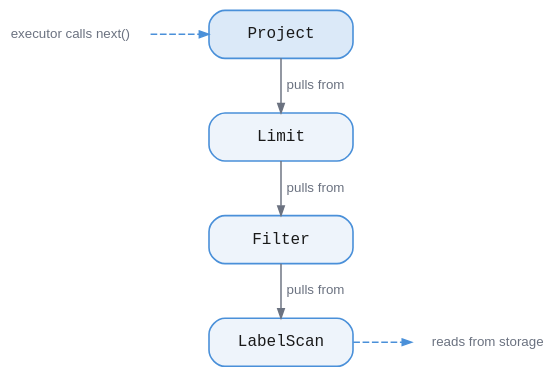
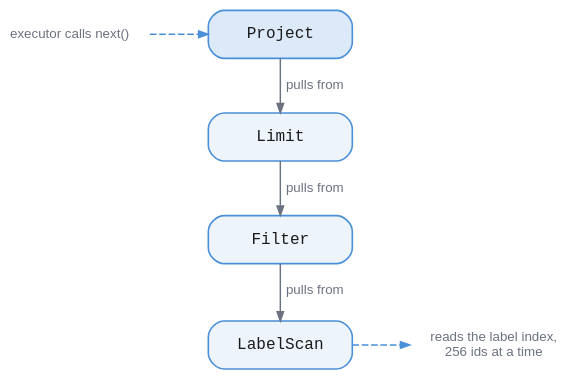
Before and after one commit to jeffhajewski/latticedb: the diagram in book/diagrams/volcano-operator-tree.dot, drawn with Graphviz. The commit also changed 3 other files, not shown here.

First line of the commit message:
Show prepared queries and batched label reads in the query diagrams

```diff
--- a/book/diagrams/volcano-operator-tree.dot
+++ b/book/diagrams/volcano-operator-tree.dot
@@ -1,34 +1,34 @@
 // Volcano model: the executor pulls from the root, and each operator pulls from
 // its child. Rows flow upward, demand flows downward. Without aggregation,
 // LIMIT (with ORDER BY and SKIP) is planned under the projection.
 digraph volcano_operator_tree {
   bgcolor="transparent"
   rankdir=TB
   nodesep=0.3
   ranksep=0.42
   fontname="Helvetica,Arial,sans-serif"
   node [shape=box style="filled,rounded" fillcolor="#eef4fb" color="#4a90d9"
         penwidth=1.2 fontname="Menlo,Consolas,monospace" fontsize=12
         fontcolor="#1a1a1a" margin="0.22,0.12" width=1.5]
   edge [color="#6b7280" penwidth=1.1 arrowsize=0.7
         fontname="Helvetica,Arial,sans-serif" fontsize=10 fontcolor="#6b7280"]
 
   proj   [label="Project" fillcolor="#dbe9f8"]
   limit  [label="Limit"]
   filter [label="Filter"]
   scan   [label="LabelScan"]
 
   proj   -> limit  [label="  pulls from"]
   limit  -> filter [label="  pulls from"]
   filter -> scan   [label="  pulls from"]
 
   caller [shape=plaintext style="" fillcolor="transparent"
           fontname="Helvetica,Arial,sans-serif" fontsize=10 fontcolor="#6b7280"
           label="executor calls next()"]
   storage [shape=plaintext style="" fillcolor="transparent"
            fontname="Helvetica,Arial,sans-serif" fontsize=10 fontcolor="#6b7280"
-           label="reads from storage"]
+           label="reads the label index,\n256 ids at a time"]
 
   { rank=same; caller -> proj [color="#4a90d9" style=dashed] }
   { rank=same; scan -> storage [color="#4a90d9" style=dashed] }
 }
```
